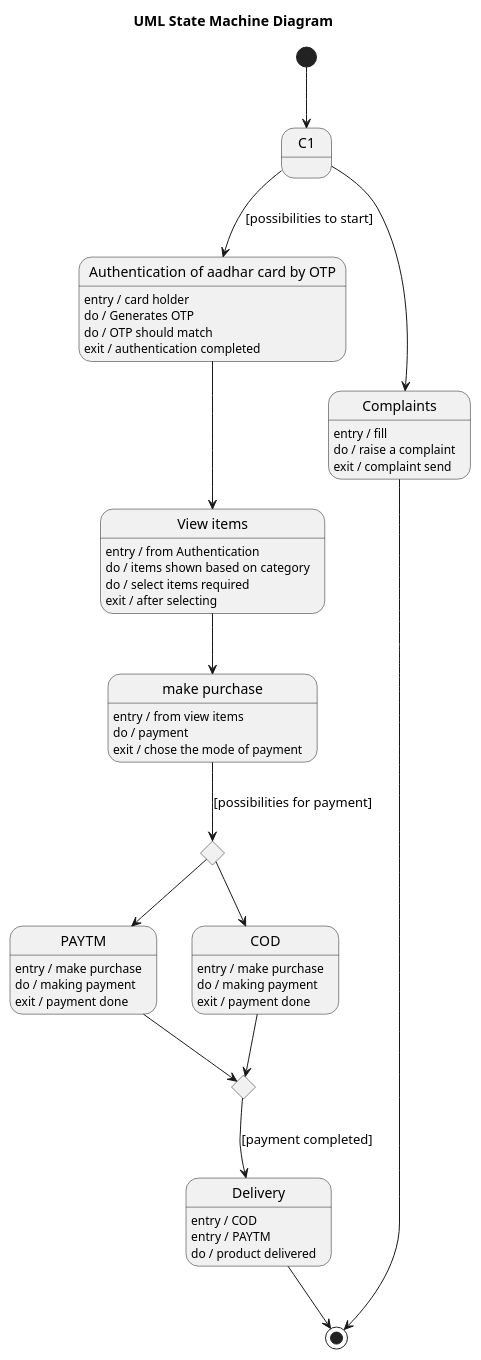
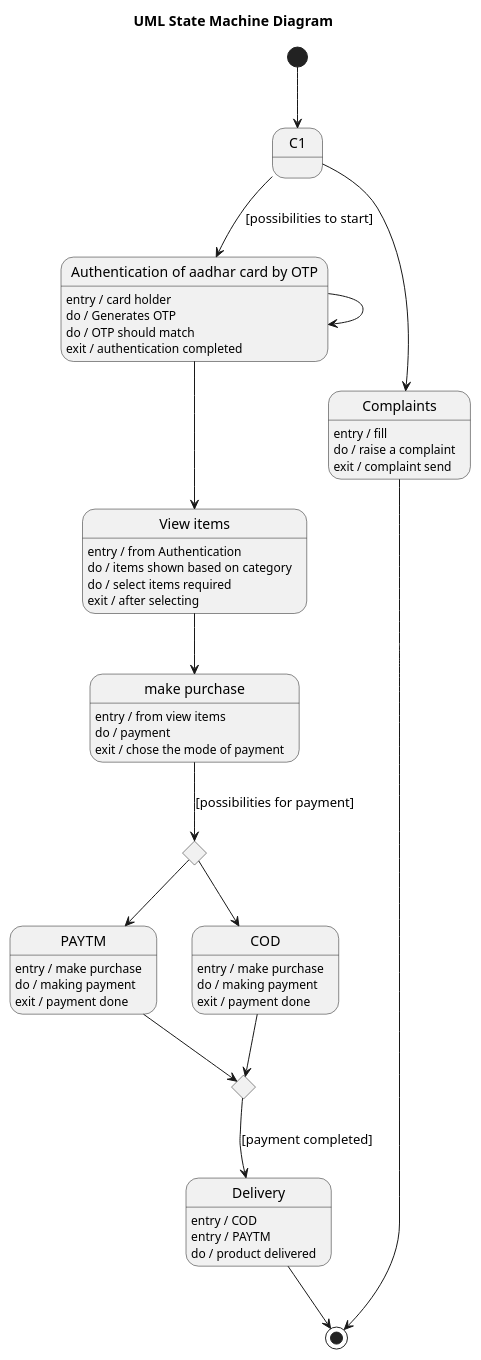
Before and after one commit to maimunafaria/State_transition_Diagram_generated_by_LLM: the diagram in dataset/case_17_e_ration_shop/diagram.puml, drawn with PlantUML. The commit also changed 28 other files, not shown here.

```diff
--- a/dataset/case_17_e_ration_shop/diagram.puml
+++ b/dataset/case_17_e_ration_shop/diagram.puml
@@ -1,85 +1,73 @@
 @startuml
 title UML State Machine Diagram
 
-'-----------------------
-' Initial state
-'-----------------------
+
 [*] --> C1
 
 state C1 <<choice>>
 C1 --> Auth : [possibilities to start]
 C1 --> Complaints
 
-'-----------------------
-' Authentication
-'-----------------------
+
 state "Authentication of aadhar card by OTP" as Auth
 Auth : entry / card holder
 Auth : do / Generates OTP
 Auth : do / OTP should match
 Auth : exit / authentication completed
 
 state Complaints
 Complaints : entry / fill
 Complaints : do / raise a complaint
 Complaints : exit / complaint send
 
 Complaints --> [*]
 
-'-----------------------
-' Shopping flow
-'-----------------------
+Auth --> Auth 
 Auth --> ViewItems
 
 state "View items" as ViewItems
 ViewItems : entry / from Authentication
 ViewItems : do / items shown based on category
 ViewItems : do / select items required
 ViewItems : exit / after selecting
 
 ViewItems --> Purchase
 
 state "make purchase" as Purchase
 Purchase : entry / from view items
 Purchase : do / payment
 Purchase : exit / chose the mode of payment
 
-'-----------------------
-' Payment choice
-'-----------------------
+
 state C2 <<choice>>
 Purchase --> C2 : [possibilities for payment]
 
 state PAYTM
 PAYTM : entry / make purchase
 PAYTM : do / making payment
 PAYTM : exit / payment done
 
 state COD
 COD : entry / make purchase
 COD : do / making payment
 COD : exit / payment done
 
 C2 --> PAYTM
 C2 --> COD
 
-'-----------------------
-' Merge after payment
-'-----------------------
+
 state C3 <<choice>>
 PAYTM --> C3
 COD --> C3
 
 C3 --> Delivery : [payment completed]
 
-'-----------------------
-' Delivery
-'-----------------------
+
 state Delivery
 Delivery : entry / COD
 Delivery : entry / PAYTM
 Delivery : do / product delivered
 
 Delivery --> [*]
 
 @enduml
```
